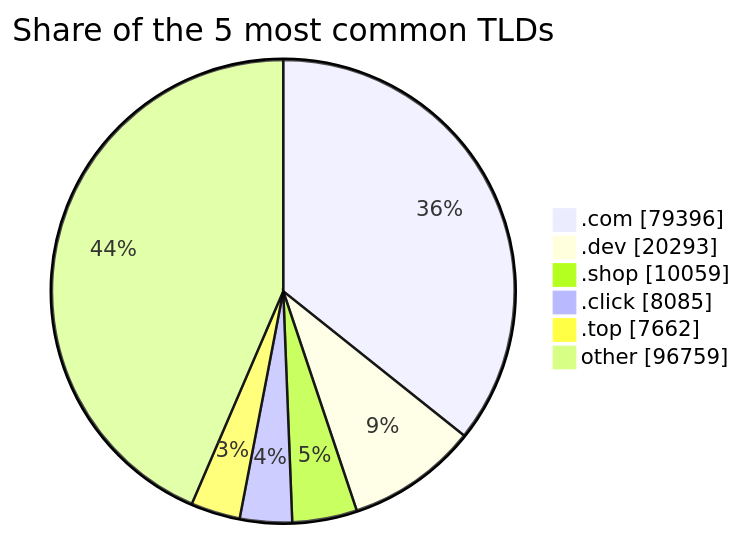
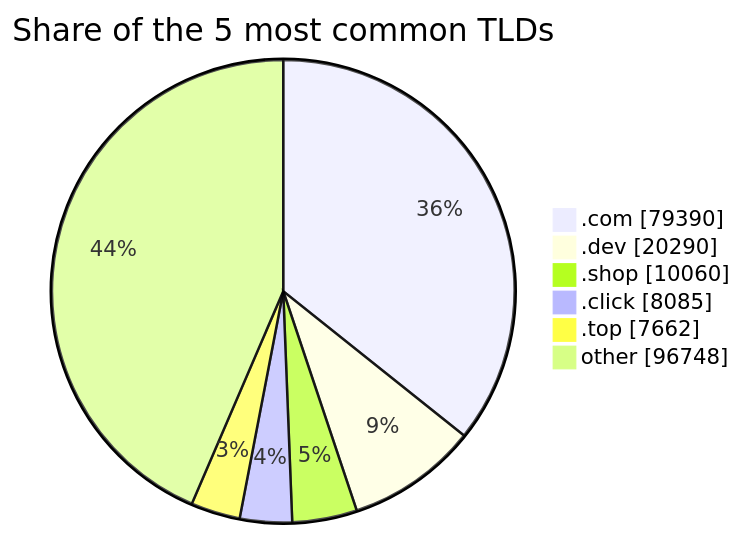
Before and after one commit to DNSBunker/CTI: the third of 3 diagrams in README.md, drawn with Mermaid. The commit also changed other lines of this file and 3 other files, not shown here.

````diff
--- a/README.md
+++ b/README.md
@@ -81,9 +81,9 @@
 ```mermaid
 pie showData title Share of the 5 most common TLDs
-    ".com" : 79396
-    ".dev" : 20293
-    ".shop" : 10059
+    ".com" : 79390
+    ".dev" : 20290
+    ".shop" : 10060
     ".click" : 8085
     ".top" : 7662
-    "other" : 96759
+    "other" : 96748
 ```
````
